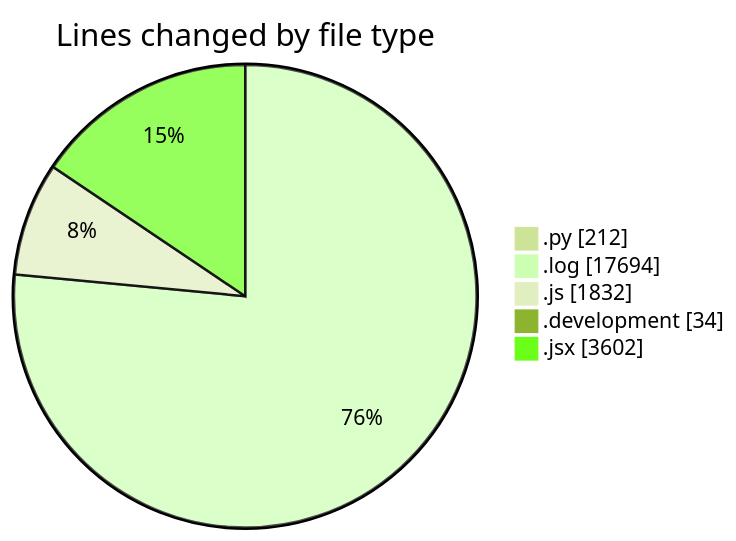
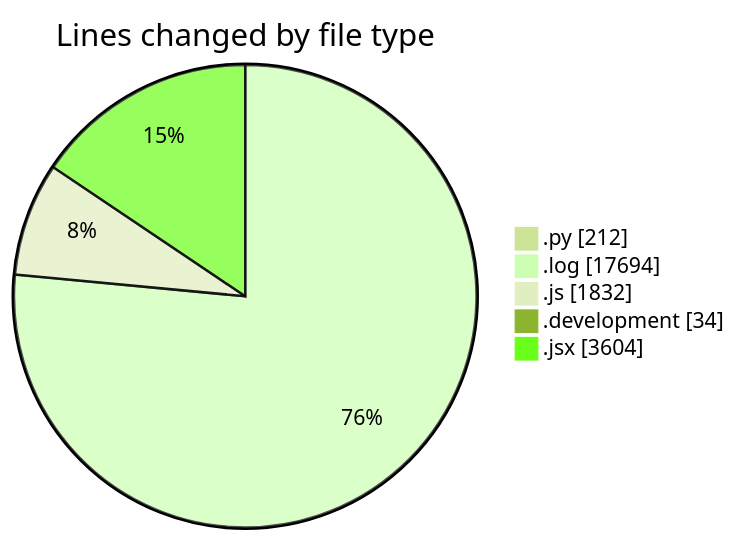
Before and after one commit to nxtqubesakshisongat/code-tracking: the first of 2 diagrams in 2025-04-19/nxtqube_webapp/README.md, drawn with Mermaid (forest theme). The commit also changed other lines of this file and 1 other file, not shown here.

````diff
--- a/2025-04-19/nxtqube_webapp/README.md
+++ b/2025-04-19/nxtqube_webapp/README.md
@@ -43,9 +43,9 @@
 ```mermaid
 pie showData
 title Lines changed by file type
 ".py" : 212
 ".log" : 17694
 ".js" : 1832
 ".development" : 34
-".jsx" : 3602
+".jsx" : 3604
 ```
````
